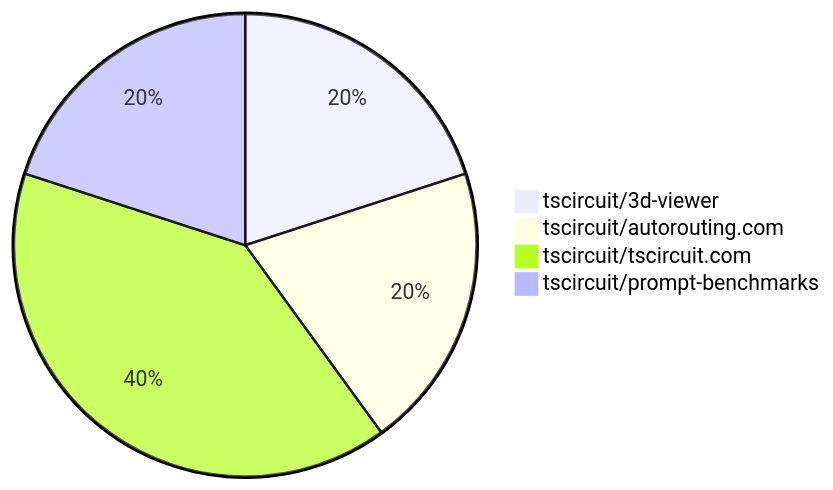
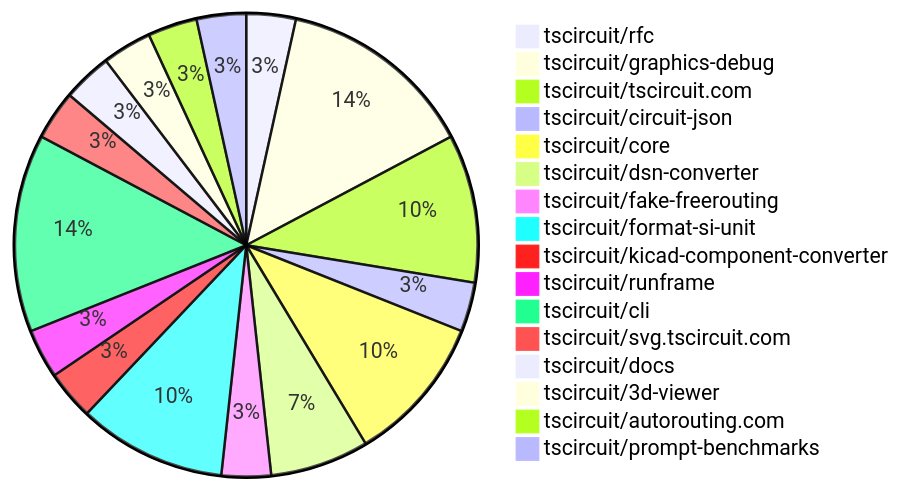
Before and after one commit to tscircuit/contribution-tracker: the diagram in README.md, drawn with Mermaid. The commit also changed other lines of this file and 2 other files, not shown here.

````diff
--- a/README.md
+++ b/README.md
@@ -24,7 +24,19 @@
 ```mermaid
 pie
+    "tscircuit/rfc" : 1
+    "tscircuit/graphics-debug" : 4
+    "tscircuit/tscircuit.com" : 3
+    "tscircuit/circuit-json" : 1
+    "tscircuit/core" : 3
+    "tscircuit/dsn-converter" : 2
+    "tscircuit/fake-freerouting" : 1
+    "tscircuit/format-si-unit" : 3
+    "tscircuit/kicad-component-converter" : 1
+    "tscircuit/runframe" : 1
+    "tscircuit/cli" : 4
+    "tscircuit/svg.tscircuit.com" : 1
+    "tscircuit/docs" : 1
     "tscircuit/3d-viewer" : 1
     "tscircuit/autorouting.com" : 1
-    "tscircuit/tscircuit.com" : 2
     "tscircuit/prompt-benchmarks" : 1
 ```
````
